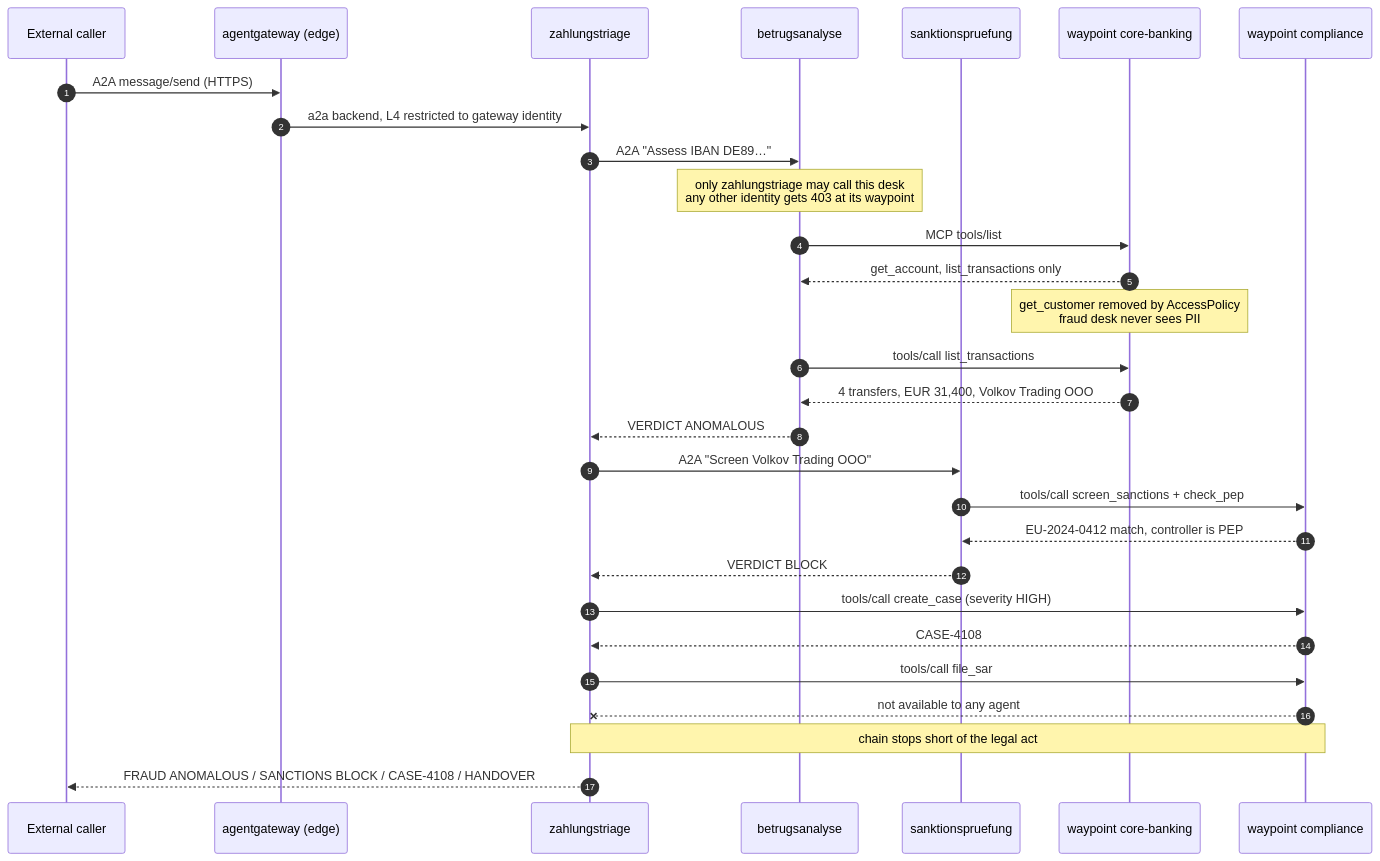
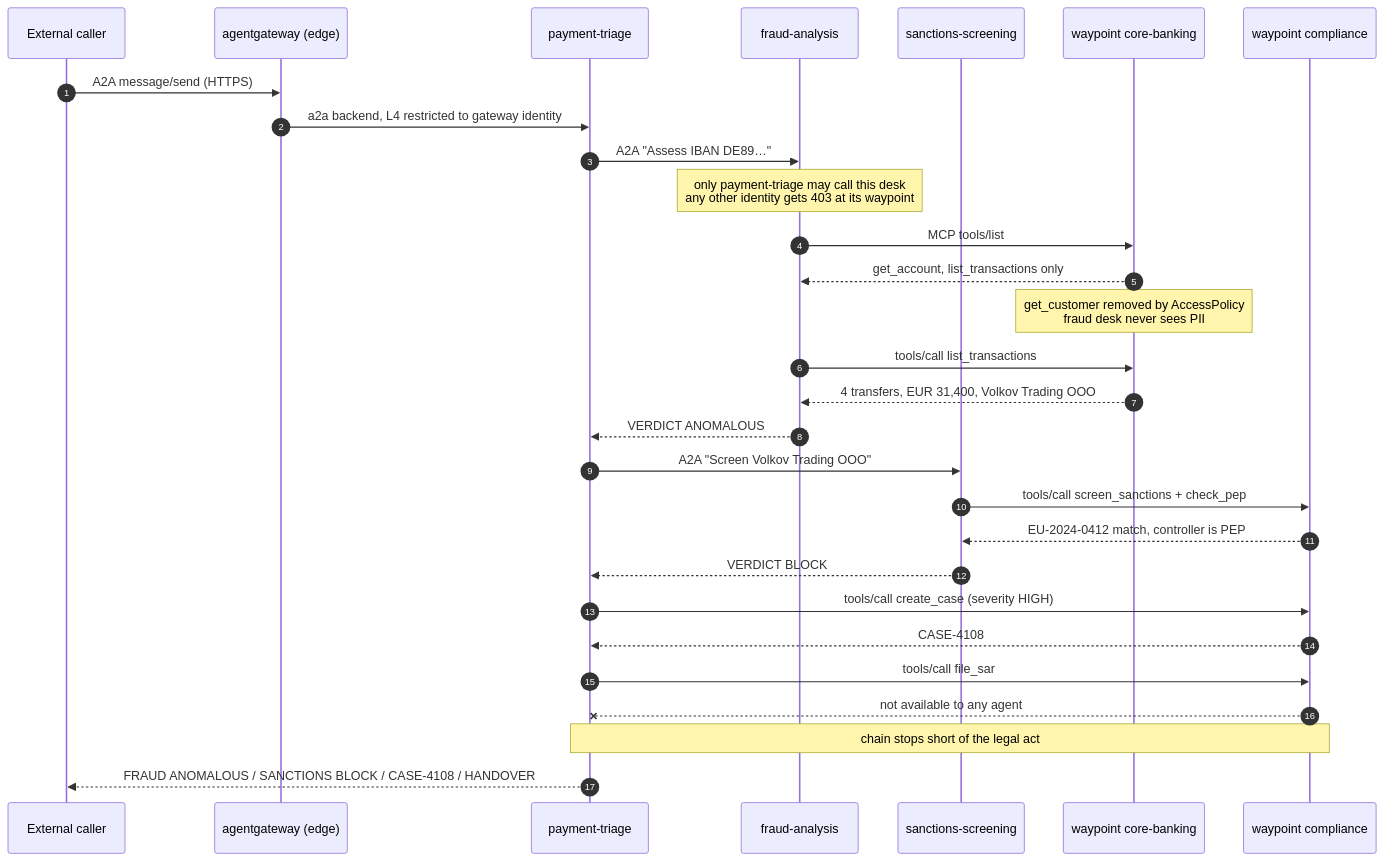
The second of 2 diagrams in docs/trustusbank-sepa-fraud-triage.md (tjorourke/google-sovereign-poc), drawn with Mermaid before and after one commit. The commit also changed other lines of this file and 8 other files, not shown here.

````diff
--- a/docs/trustusbank-sepa-fraud-triage.md
+++ b/docs/trustusbank-sepa-fraud-triage.md
@@ -96,32 +96,32 @@
 ```mermaid
 sequenceDiagram
   autonumber
   participant C as External caller
   participant G as agentgateway (edge)
-  participant T as zahlungstriage
-  participant F as betrugsanalyse
-  participant S as sanktionspruefung
+  participant T as payment-triage
+  participant F as fraud-analysis
+  participant S as sanctions-screening
   participant WB as waypoint core-banking
   participant WC as waypoint compliance
 
   C->>G: A2A message/send (HTTPS)
   G->>T: a2a backend, L4 restricted to gateway identity
   T->>F: A2A "Assess IBAN DE89…"
-  Note over F: only zahlungstriage may call this desk<br/>any other identity gets 403 at its waypoint
+  Note over F: only payment-triage may call this desk<br/>any other identity gets 403 at its waypoint
   F->>WB: MCP tools/list
   WB-->>F: get_account, list_transactions only
   Note over WB: get_customer removed by AccessPolicy<br/>fraud desk never sees PII
   F->>WB: tools/call list_transactions
   WB-->>F: 4 transfers, EUR 31,400, Volkov Trading OOO
   F-->>T: VERDICT ANOMALOUS
   T->>S: A2A "Screen Volkov Trading OOO"
   S->>WC: tools/call screen_sanctions + check_pep
   WC-->>S: EU-2024-0412 match, controller is PEP
   S-->>T: VERDICT BLOCK
   T->>WC: tools/call create_case (severity HIGH)
   WC-->>T: CASE-4108
   T->>WC: tools/call file_sar
   WC--xT: not available to any agent
   Note over T,WC: chain stops short of the legal act
   T-->>C: FRAUD ANOMALOUS / SANCTIONS BLOCK / CASE-4108 / HANDOVER
 ```
````
